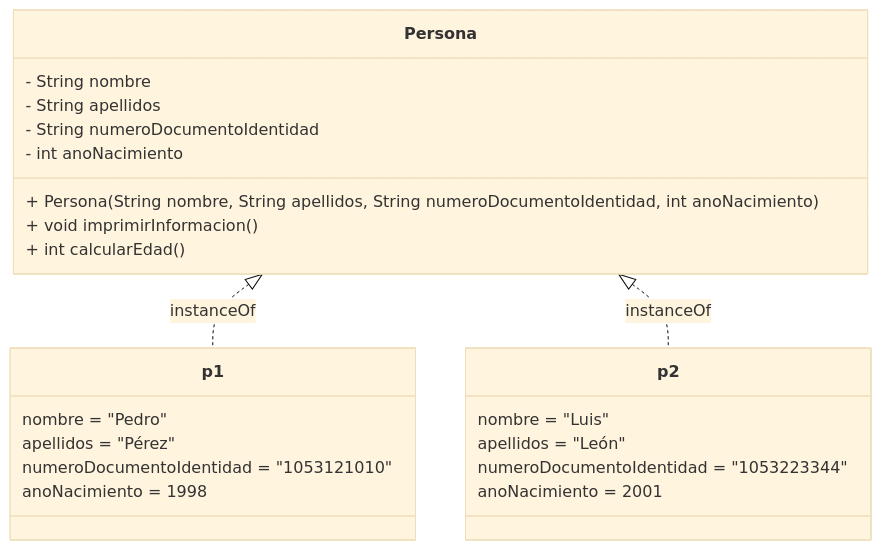
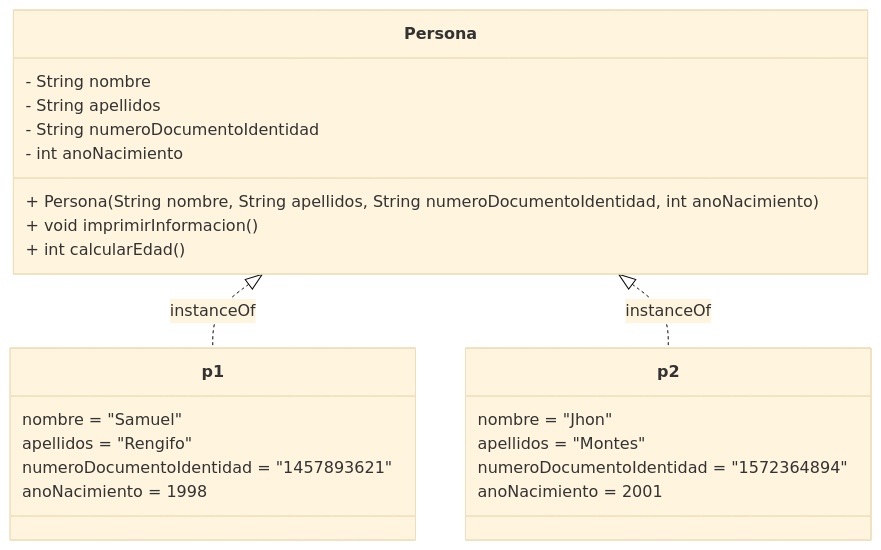
Before and after one commit to OnlyWhoo/Ejercicio_1: the diagram in demo/README.md, drawn with Mermaid (base theme). The commit also changed other lines of this file, not shown here.

Commit message:
Correcion

````diff
--- a/demo/README.md
+++ b/demo/README.md
@@ -6,31 +6,31 @@
 ```mermaid
 classDiagram
 
 class Persona {
   - String nombre
   - String apellidos
   - String numeroDocumentoIdentidad
   - int anoNacimiento
 
   + Persona(String nombre, String apellidos, String numeroDocumentoIdentidad, int anoNacimiento)
   + void imprimirInformacion()
   + int calcularEdad()
 }
 
 class p1 {
-  nombre = "Pedro"
-  apellidos = "Pérez"
-  numeroDocumentoIdentidad = "1053121010"
+  nombre = "Samuel"
+  apellidos = "Rengifo"
+  numeroDocumentoIdentidad = "1457893621"
   anoNacimiento = 1998
 }
 
 class p2 {
-  nombre = "Luis"
-  apellidos = "León"
-  numeroDocumentoIdentidad = "1053223344"
+  nombre = "Jhon"
+  apellidos = "Montes"
+  numeroDocumentoIdentidad = "1572364894"
   anoNacimiento = 2001
 }
 
 Persona <|.. p1 : instanceOf
 Persona <|.. p2 : instanceOf
 ```
````
